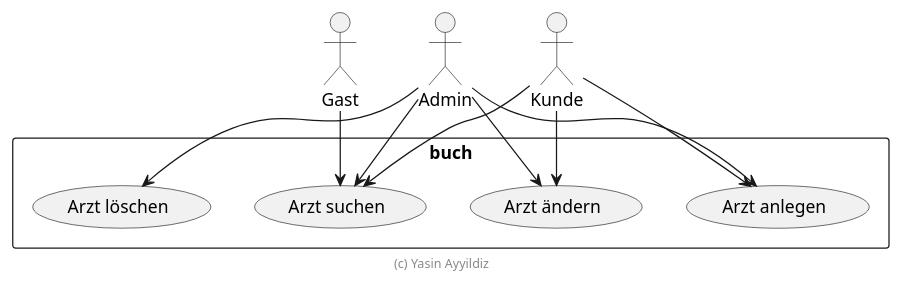
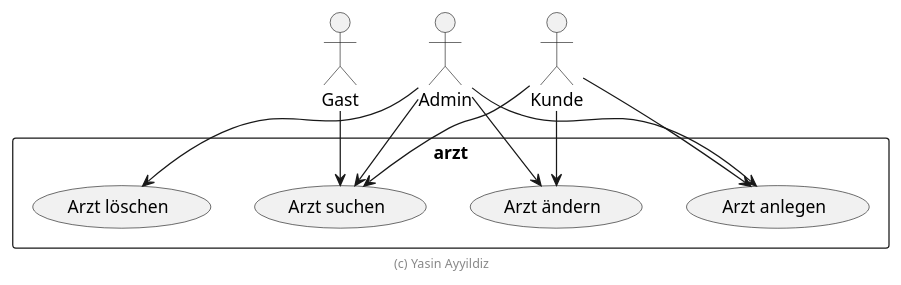
Before and after one commit to YasinEn03/arzt-v1: the diagram in .extras/doc/projekthandbuch/use-cases.plantuml, drawn with PlantUML. The commit also changed 2 other files, not shown here.

```diff
--- a/.extras/doc/projekthandbuch/use-cases.plantuml
+++ b/.extras/doc/projekthandbuch/use-cases.plantuml
@@ -1,20 +1,20 @@
 @startuml Use Cases
 
 actor Gast
 actor Admin
 actor Kunde
 
-rectangle buch {
+rectangle arzt {
     Gast --> (Arzt suchen)
     Admin --> (Arzt suchen)
     Admin --> (Arzt anlegen)
     Admin --> (Arzt ändern)
     Admin --> (Arzt löschen)
     Kunde --> (Arzt suchen)
     Kunde --> (Arzt anlegen)
     Kunde --> (Arzt ändern)
 }
 
 footer (c) Yasin Ayyildiz
 
 @enduml
```
